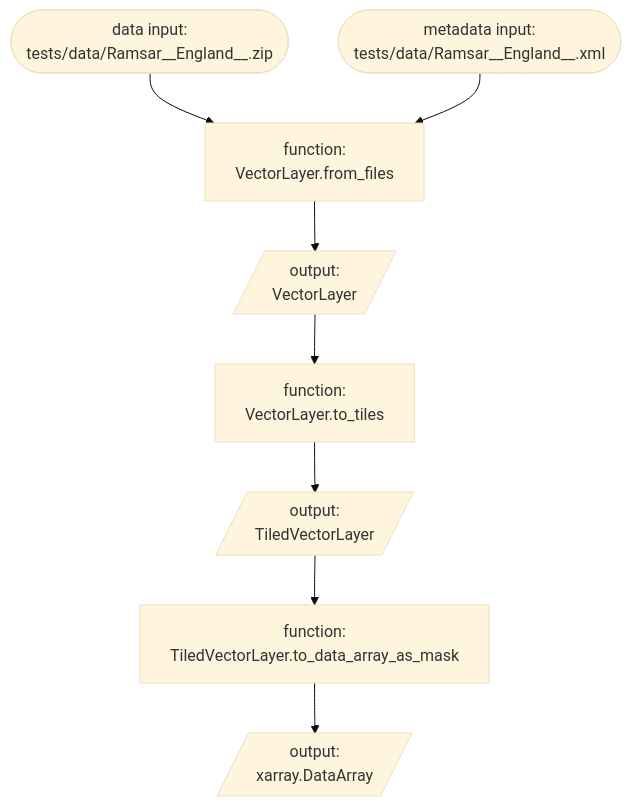
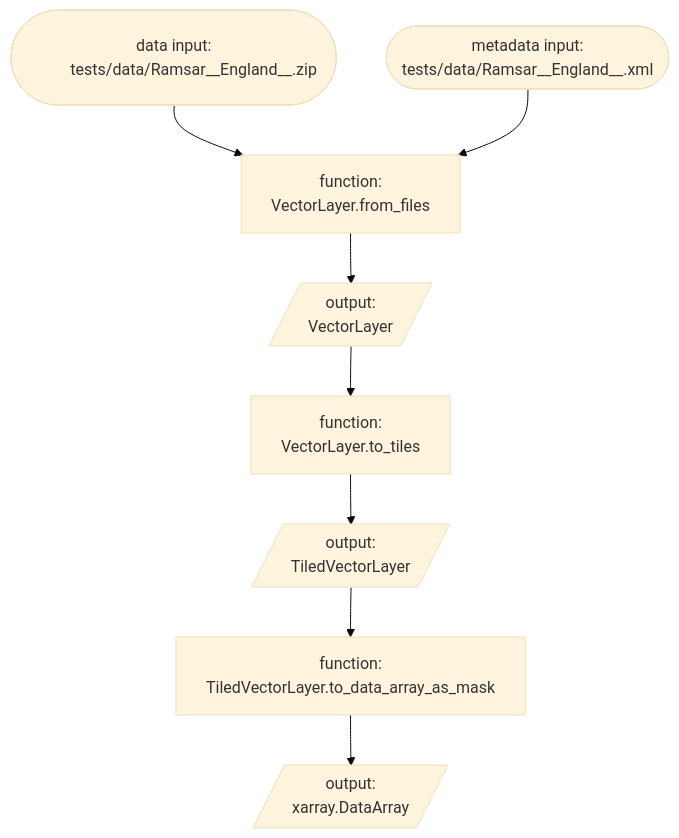
The diagram in source/red-green-refactor.md (Defra-Data-Science-Centre-of-Excellence/sds-data-model), drawn with Mermaid (base theme) before and after one commit.

````diff
--- a/source/red-green-refactor.md
+++ b/source/red-green-refactor.md
@@ -36,10 +36,10 @@
 ```mermaid
 graph TD;
- data_path(["data input:\ntests/data/Ramsar__England__.zip"]) --> from_files[function:\nVectorLayer.from_files]
+ data_path([<dl><dt>data input:</dt><dd>tests/data/Ramsar__England__.zip</dd></dl>]) --> from_files[function:\nVectorLayer.from_files]
  metadata_path(["metadata input:\ntests/data/Ramsar__England__.xml"]) --> from_files[function:\nVectorLayer.from_files]
  from_files[function:\nVectorLayer.from_files] --> vector_layer[/"output:\nVectorLayer"/]
  vector_layer[/"output:\nVectorLayer"/] --> to_tiles[function:\nVectorLayer.to_tiles]
  to_tiles[function:\nVectorLayer.to_tiles] --> tiled_vector_layer[/"output:\nTiledVectorLayer"/]
  tiled_vector_layer[/"output:\nTiledVectorLayer"/] --> to_data_array_as_mask[function:\nTiledVectorLayer.to_data_array_as_mask]
  to_data_array_as_mask[function:\nTiledVectorLayer.to_data_array_as_mask] --> data_array[/"output:\nxarray.DataArray"/]
 ```
````
